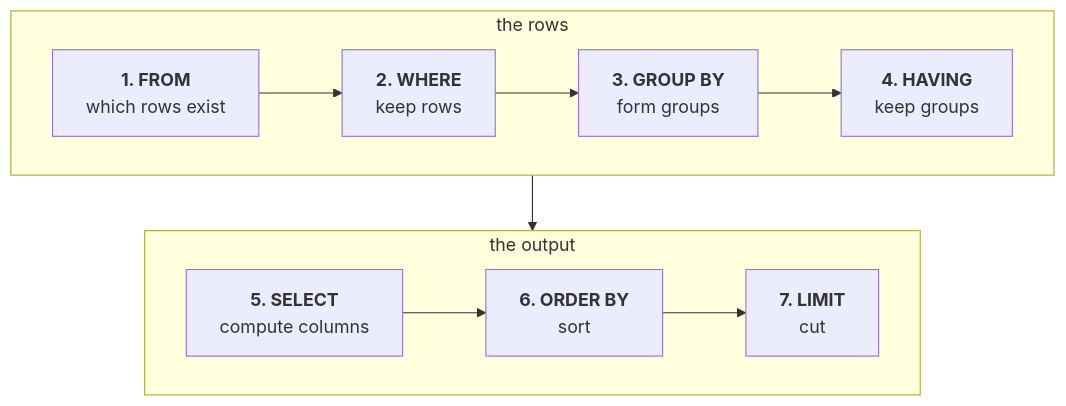
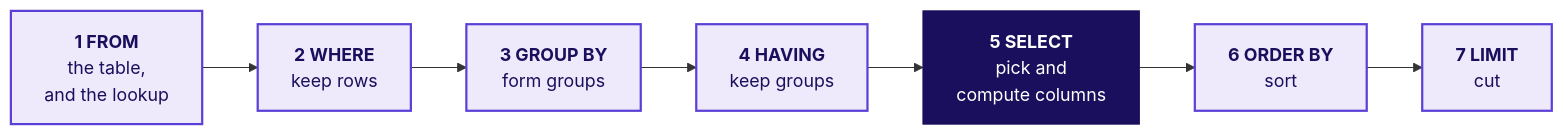
The diagram in content/W02/D1/cheatsheets/C2_W02_D01_sql_clauses_STUDENT.md (fde-academy-lab/c2-content-factory), drawn with Mermaid before and after one commit. The commit also changed other lines of this file and 6 other files, not shown here.

````diff
--- a/content/W02/D1/cheatsheets/C2_W02_D01_sql_clauses_STUDENT.md
+++ b/content/W02/D1/cheatsheets/C2_W02_D01_sql_clauses_STUDENT.md
@@ -9,12 +10,8 @@
 ```mermaid
-flowchart TB
-    subgraph rows["the rows"]
-        direction LR
-        F["<b>1. FROM</b><br/>which rows exist"] --> W["<b>2. WHERE</b><br/>keep rows"] --> G["<b>3. GROUP BY</b><br/>form groups"] --> H["<b>4. HAVING</b><br/>keep groups"]
-    end
-    subgraph out["the output"]
-        direction LR
-        S["<b>5. SELECT</b><br/>compute columns"] --> O["<b>6. ORDER BY</b><br/>sort"] --> L["<b>7. LIMIT</b><br/>cut"]
-    end
-    rows --> out
+flowchart LR
+    F["<b>1 FROM</b><br/>the table,<br/>and the lookup"] --> W["<b>2 WHERE</b><br/>keep rows"] --> G["<b>3 GROUP BY</b><br/>form groups"] --> H["<b>4 HAVING</b><br/>keep groups"] --> S["<b>5 SELECT</b><br/>pick and<br/>compute columns"] --> O["<b>6 ORDER BY</b><br/>sort"] --> L["<b>7 LIMIT</b><br/>cut"]
+    classDef known fill:#EEEAFB,stroke:#5B3FD6,color:#1A0F5C,stroke-width:2px
+    classDef bet fill:#1A0F5C,stroke:#1A0F5C,color:#FFFFFF
+    class F,W,G,H,O,L known
+    class S bet
 ```
````
